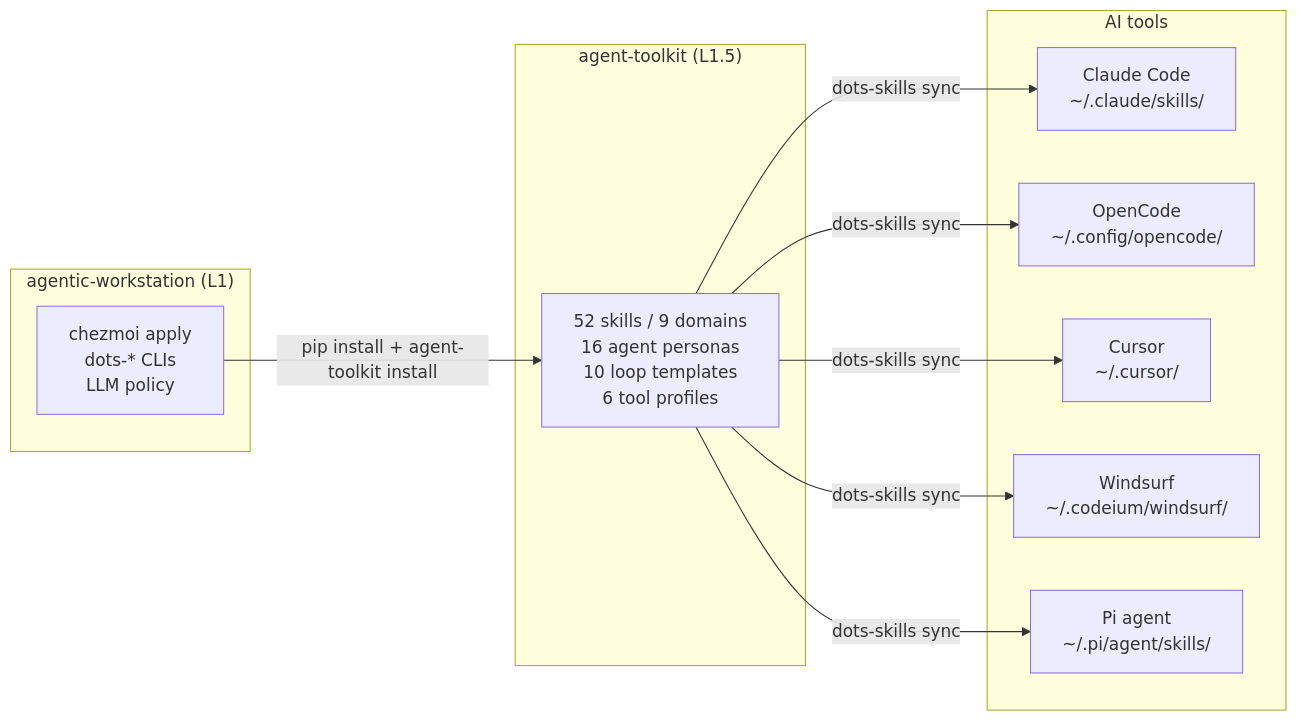
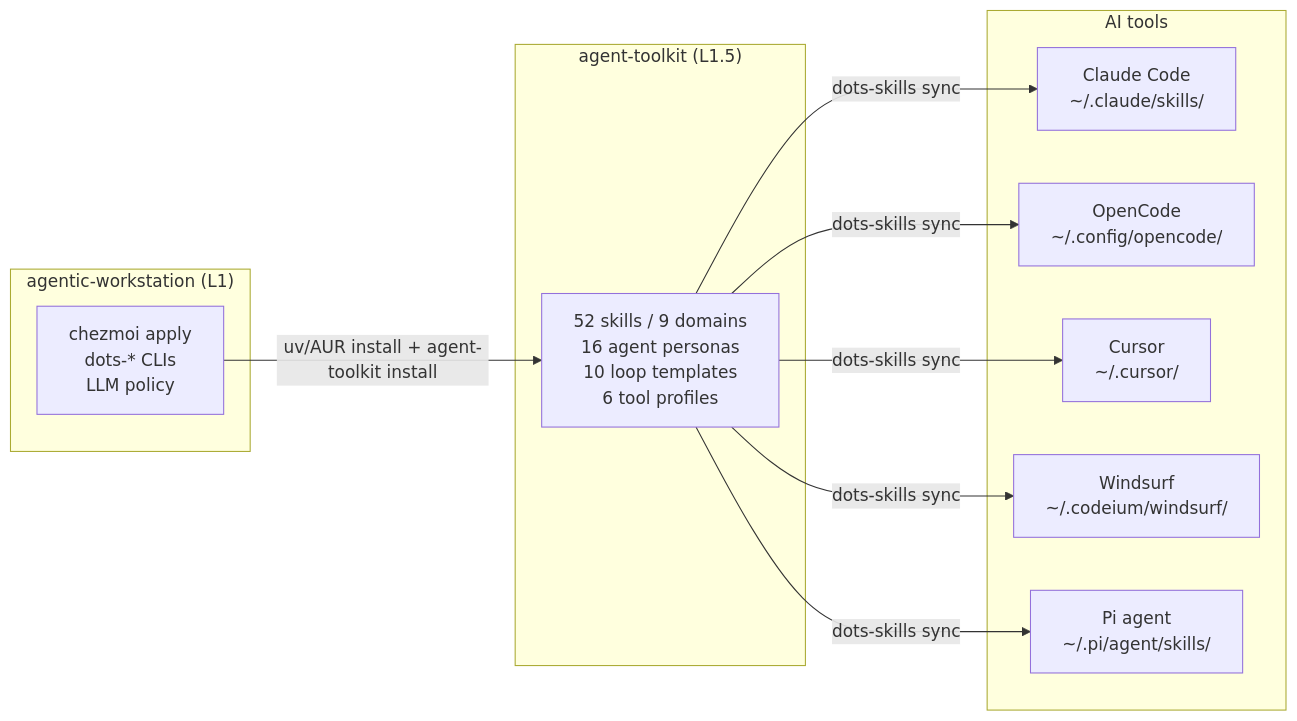
Before and after one commit to ulises-jeremias/agentic-workstation: the diagram in docs/AGENT_TOOLKIT.md, drawn with Mermaid. The commit also changed other lines of this file and 3 other files, not shown here.

First line of the commit message:
docs: add three-layer architecture SVG and sync agent-toolkit docs

````diff
--- a/docs/AGENT_TOOLKIT.md
+++ b/docs/AGENT_TOOLKIT.md
@@ -16,25 +16,25 @@
 ```mermaid
 graph LR
     subgraph "agentic-workstation (L1)"
         AW["chezmoi apply<br/>dots-* CLIs<br/>LLM policy"]
     end
 
     subgraph "agent-toolkit (L1.5)"
         AT["52 skills / 9 domains<br/>16 agent personas<br/>10 loop templates<br/>6 tool profiles"]
     end
 
     subgraph "AI tools"
         CC["Claude Code<br/>~/.claude/skills/"]
         OC["OpenCode<br/>~/.config/opencode/"]
         CU["Cursor<br/>~/.cursor/"]
         WS["Windsurf<br/>~/.codeium/windsurf/"]
         PI["Pi agent<br/>~/.pi/agent/skills/"]
     end
 
-    AW -->|pip install + agent-toolkit install| AT
+    AW -->|uv/AUR install + agent-toolkit install| AT
     AT -->|dots-skills sync| CC
     AT -->|dots-skills sync| OC
     AT -->|dots-skills sync| CU
     AT -->|dots-skills sync| WS
     AT -->|dots-skills sync| PI
 ```
````
